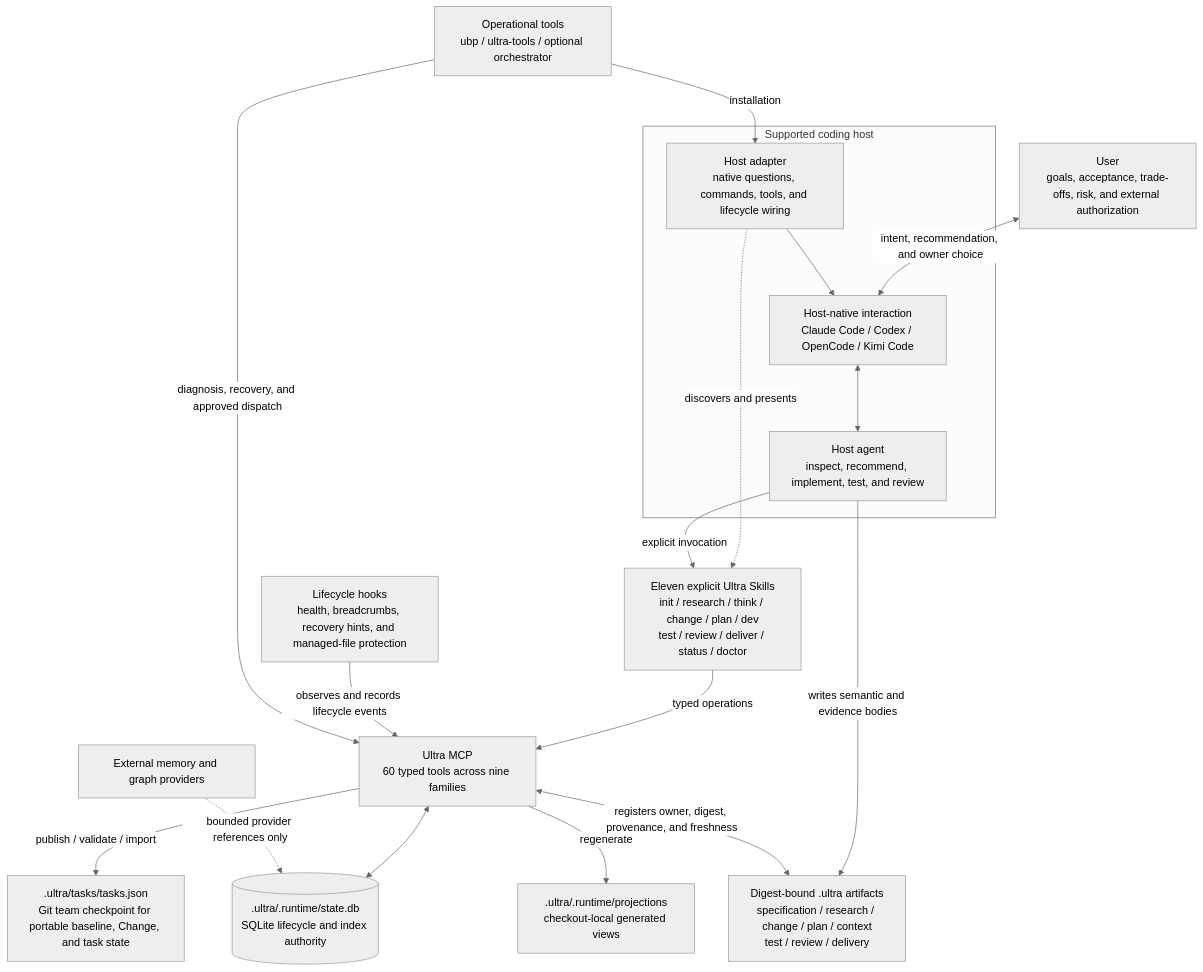
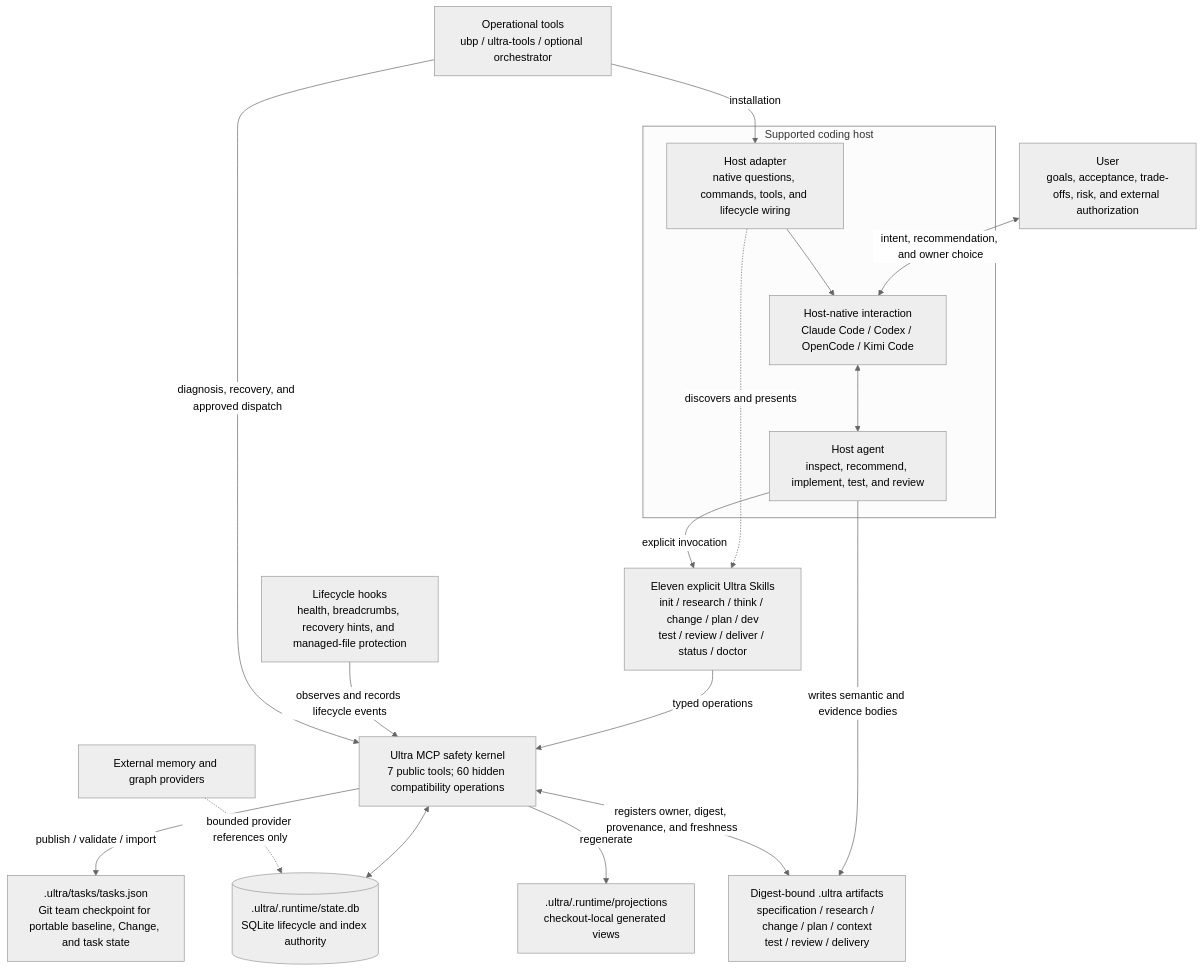
The first of 3 diagrams in README.md (rocky2431/ultra-builder-pro-cli), drawn with Mermaid (neutral theme) before and after one commit. The commit also changed other lines of this file and 48 other files, not shown here.

First line of the commit message:
feat(mcp): reduce Ultra to a seven-tool kernel

````diff
--- a/README.md
+++ b/README.md
@@ -63,36 +63,36 @@
 ```mermaid
 flowchart TB
     U["User<br/>goals, acceptance, trade-offs, risk, and external authorization"]
 
     subgraph HOST["Supported coding host"]
         UI["Host-native interaction<br/>Claude Code / Codex / OpenCode / Kimi Code"]
         MODEL["Host agent<br/>inspect, recommend, implement, test, and review"]
         ADAPTER["Host adapter<br/>native questions, commands, tools, and lifecycle wiring"]
     end
 
     SKILLS["Eleven explicit Ultra Skills<br/>init / research / think / change / plan / dev<br/>test / review / deliver / status / doctor"]
-    MCP["Ultra MCP<br/>60 typed tools across nine families"]
+    MCP["Ultra MCP safety kernel<br/>7 public tools; 60 hidden compatibility operations"]
     DB[(".ultra/.runtime/state.db<br/>SQLite lifecycle and index authority")]
     LEDGER[".ultra/tasks/tasks.json<br/>Git team checkpoint for portable baseline, Change, and task state"]
     VIEWS[".ultra/.runtime/projections<br/>checkout-local generated views"]
     FILES["Digest-bound .ultra artifacts<br/>specification / research / change / plan / context<br/>test / review / delivery"]
     HOOKS["Lifecycle hooks<br/>health, breadcrumbs, recovery hints, and managed-file protection"]
     OPS["Operational tools<br/>ubp / ultra-tools / optional orchestrator"]
     EXTERNAL["External memory and graph providers"]
 
     U <-->|"intent, recommendation, and owner choice"| UI
     UI <--> MODEL
     ADAPTER --> UI
     ADAPTER -.->|"discovers and presents"| SKILLS
     MODEL -->|"explicit invocation"| SKILLS
     SKILLS -->|"typed operations"| MCP
     MCP <--> DB
     MCP -->|"publish / validate / import"| LEDGER
     MCP -->|"regenerate"| VIEWS
     MODEL -->|"writes semantic and evidence bodies"| FILES
     MCP <-->|"registers owner, digest, provenance, and freshness"| FILES
     HOOKS -->|"observes and records lifecycle events"| MCP
     OPS -->|"installation"| ADAPTER
     OPS -->|"diagnosis, recovery, and approved dispatch"| MCP
     EXTERNAL -.->|"bounded provider references only"| DB
 ```
````
